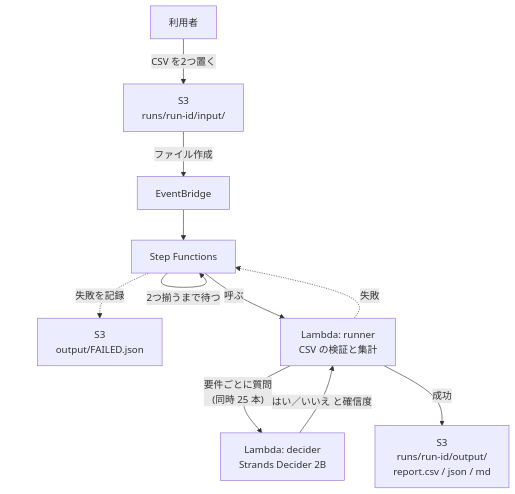
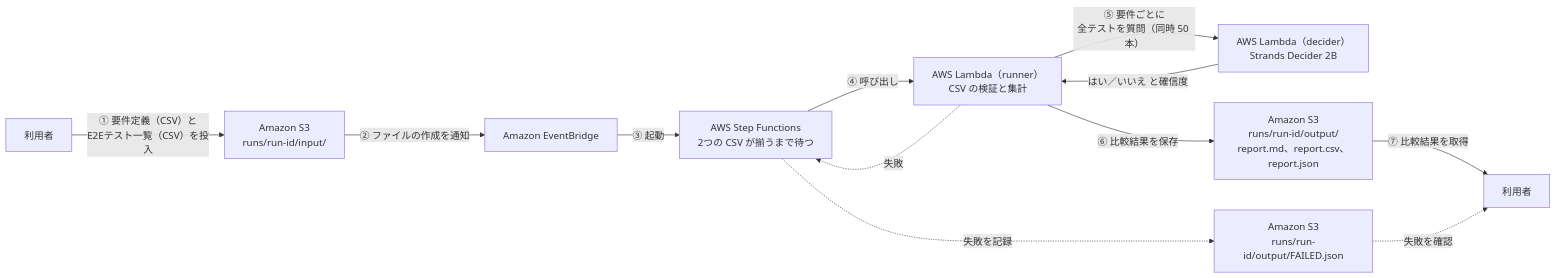
Before and after one commit to satoshi256kbyte/req-coverage-analyzer: the diagram in README.md, drawn with Mermaid. The commit also changed other lines of this file, not shown here.

Commit message:
docs: READMEの処理の流れ図を横向きにし、入力と比較結果を明記、AWSサービス名を正式名称にする

````diff
--- a/README.md
+++ b/README.md
@@ -27,13 +30,14 @@
 ```mermaid
-flowchart TD
-    U["利用者"] -->|"CSV を2つ置く"| IN["S3<br/>runs/run-id/input/"]
-    IN -->|"ファイル作成"| EB["EventBridge"]
-    EB --> SF["Step Functions"]
-    SF -->|"2つ揃うまで待つ"| SF
-    SF -->|"呼ぶ"| RN["Lambda: runner<br/>CSV の検証と集計"]
-    RN -->|"要件ごとに質問<br/>(同時 25 本)"| DC["Lambda: decider<br/>Strands Decider 2B"]
+flowchart LR
+    U1["利用者"] -->|"① 要件定義（CSV）と<br/>E2Eテスト一覧（CSV）を投入"| IN["Amazon S3<br/>runs/run-id/input/"]
+    IN -->|"② ファイルの作成を通知"| EB["Amazon EventBridge"]
+    EB -->|"③ 起動"| SF["AWS Step Functions<br/>2つの CSV が揃うまで待つ"]
+    SF -->|"④ 呼び出し"| RN["AWS Lambda（runner）<br/>CSV の検証と集計"]
+    RN -->|"⑤ 要件ごとに<br/>全テストを質問（同時 50 本）"| DC["AWS Lambda（decider）<br/>Strands Decider 2B"]
     DC -->|"はい／いいえ と確信度"| RN
-    RN -->|"成功"| OUT["S3<br/>runs/run-id/output/<br/>report.csv / json / md"]
+    RN -->|"⑥ 比較結果を保存"| OUT["Amazon S3<br/>runs/run-id/output/<br/>report.md、report.csv、report.json"]
+    OUT -->|"⑦ 比較結果を取得"| U2["利用者"]
     RN -.->|"失敗"| SF
-    SF -.->|"失敗を記録"| FAIL["S3<br/>output/FAILED.json"]
+    SF -.->|"失敗を記録"| FAIL["Amazon S3<br/>runs/run-id/output/FAILED.json"]
+    FAIL -.->|"失敗を確認"| U2
 ```
````
